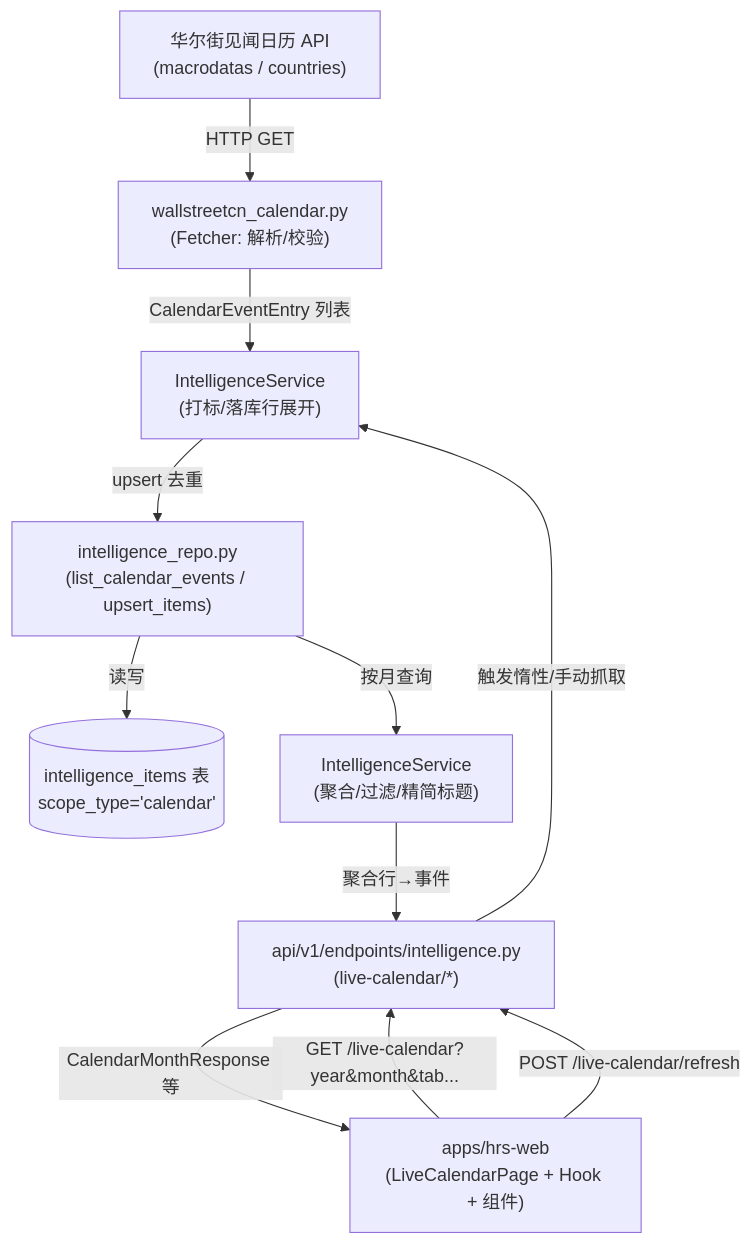
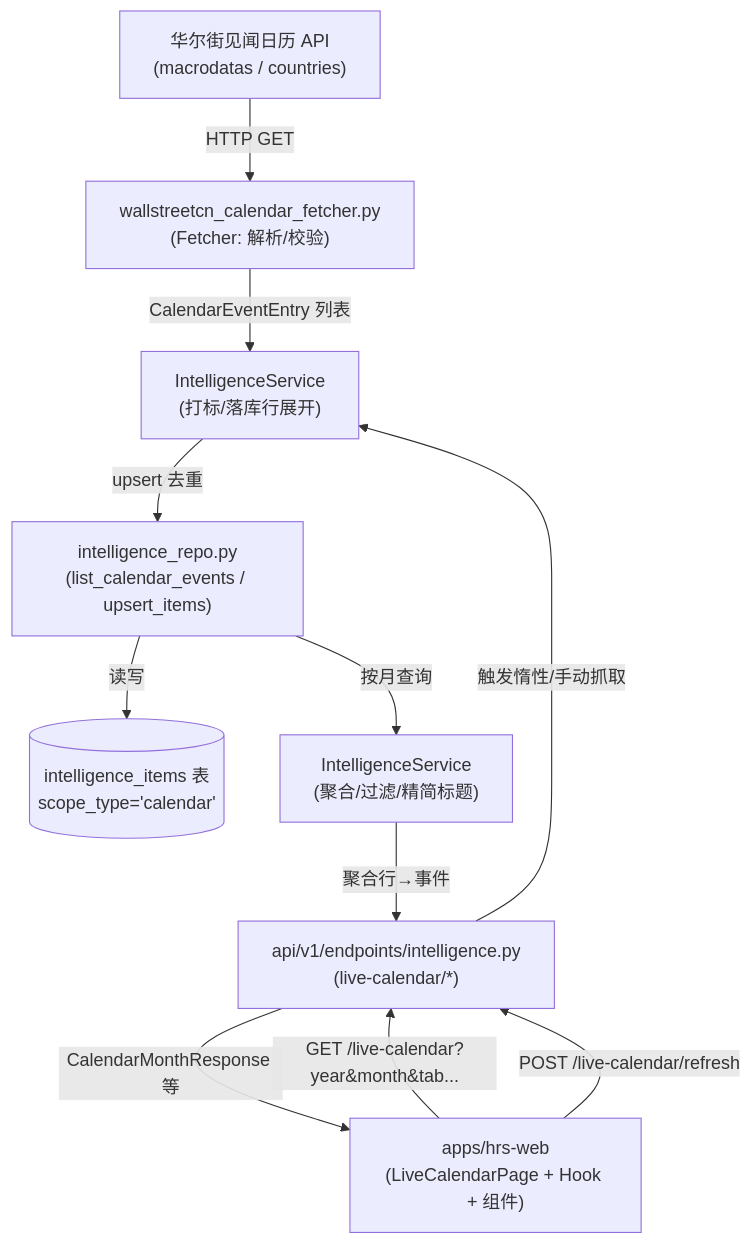
The first of 2 diagrams in documents/行情资讯/Live-calendar.md (ArcSeek-X/HermesX), drawn with Mermaid before and after one commit. The commit also changed other lines of this file and 110 other files, not shown here.

````diff
--- a/documents/行情资讯/Live-calendar.md
+++ b/documents/行情资讯/Live-calendar.md
@@ -243,15 +243,15 @@
 ```mermaid
 flowchart TD
-    WSCN["华尔街见闻日历 API\n(macrodatas / countries)"] -->|HTTP GET| F["wallstreetcn_calendar.py\n(Fetcher: 解析/校验)"]
+    WSCN["华尔街见闻日历 API\n(macrodatas / countries)"] -->|HTTP GET| F["wallstreetcn_calendar_fetcher.py\n(Fetcher: 解析/校验)"]
     F -->|CalendarEventEntry 列表| S["IntelligenceService\n(打标/落库行展开)"]
     S -->|upsert 去重| R["intelligence_repo.py\n(list_calendar_events / upsert_items)"]
     R -->|读写| DB[("intelligence_items 表\nscope_type='calendar'")]
 
     S2["IntelligenceService\n(聚合/过滤/精简标题)"] -->|聚合行→事件| API["api/v1/endpoints/intelligence.py\n(live-calendar/*)"]
     R -->|按月查询| S2
     API -->|CalendarMonthResponse 等| FE["apps/hrs-web\n(LiveCalendarPage + Hook + 组件)"]
 
     FE -->|GET /live-calendar?year&month&tab...| API
     FE -->|POST /live-calendar/refresh| API
     API -->|触发惰性/手动抓取| S
 ```
````
